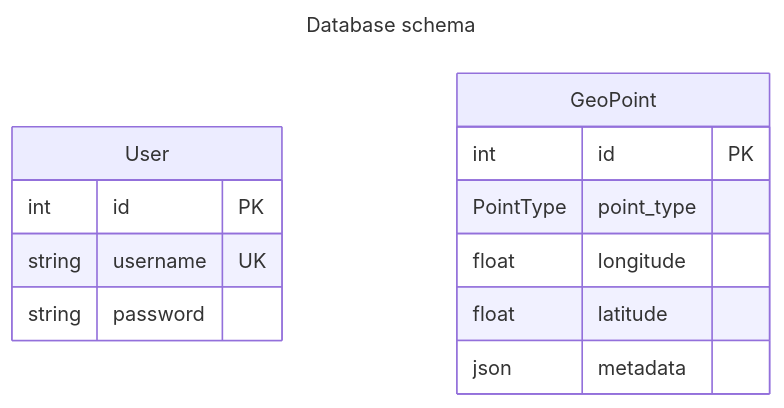
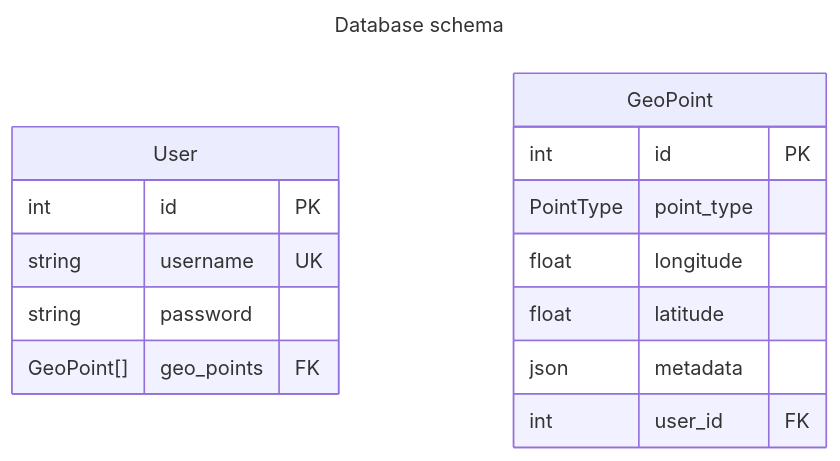
One commit to qProve/Situation-room changed the diagram in docs/diagrams/db_schema_er_diagram.md. Above: the diagram before and after it, drawn with Mermaid. The commit also changed 2 other files, not shown here.

Commit message:
Db schema update user_id added, docs update

````diff
--- a/docs/diagrams/db_schema_er_diagram.md
+++ b/docs/diagrams/db_schema_er_diagram.md
@@ -1,19 +1,21 @@
 ```mermaid
 ---
 title: Database schema
 ---
 erDiagram
     User {
         int id PK
         string username UK
         string password
+        GeoPoint[] geo_points FK
     }
 
     GeoPoint {
         int id PK
         PointType point_type
         float longitude
         float latitude
         json metadata
+        int user_id FK
     }
 ```
````
